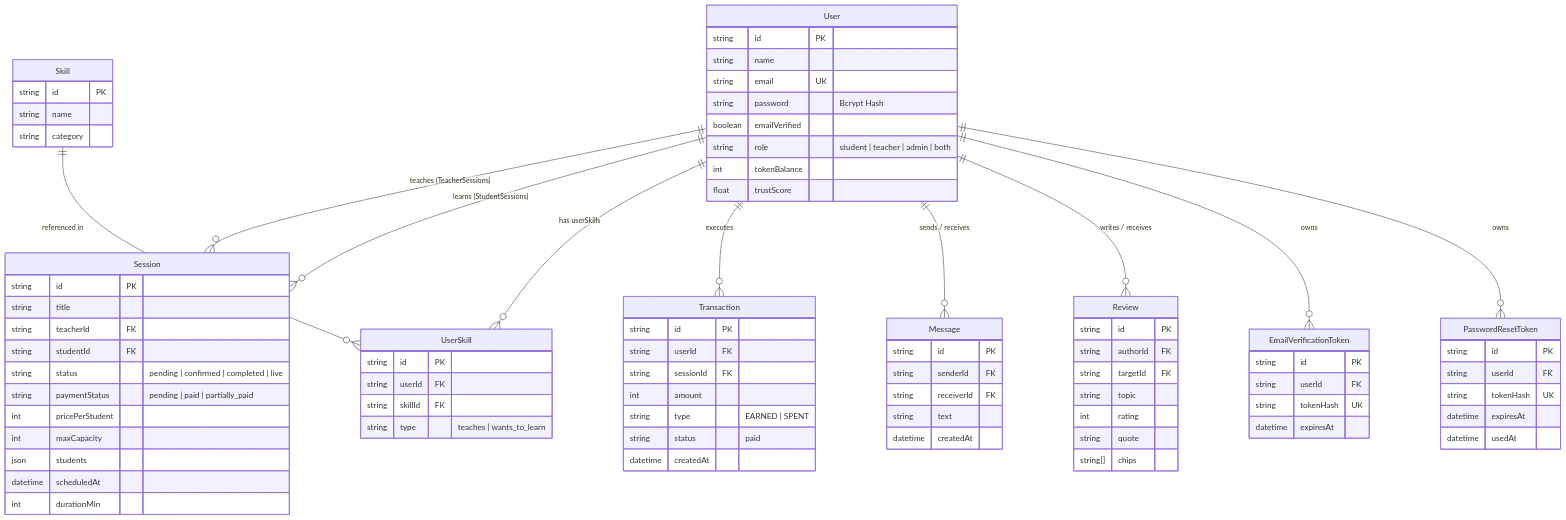
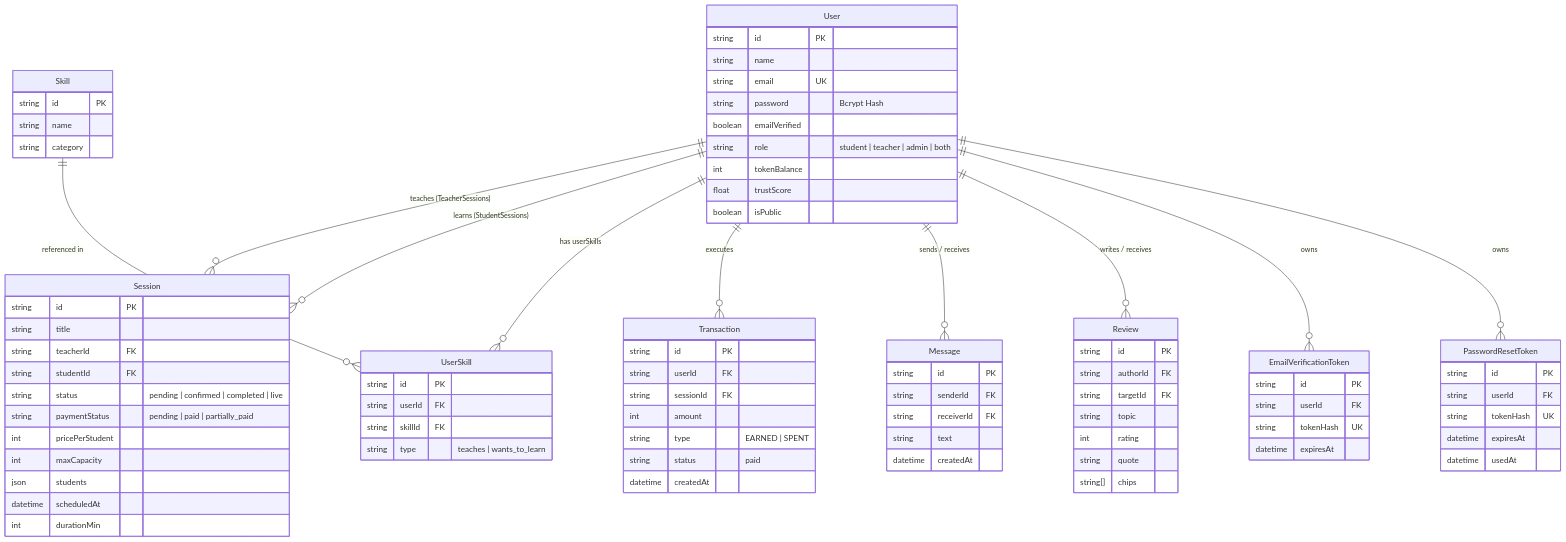
Before and after one commit to Tanish513/Mindroot: the second of 3 diagrams in ARCHITECTURE.md, drawn with Mermaid. The commit also changed other lines of this file and 18 other files, not shown here.

```diff
--- a/ARCHITECTURE.md
+++ b/ARCHITECTURE.md
@@ -66,6 +66,7 @@
         string role "student | teacher | admin | both"
         int tokenBalance
         float trustScore
+        boolean isPublic
     }
 
     Session {
```
